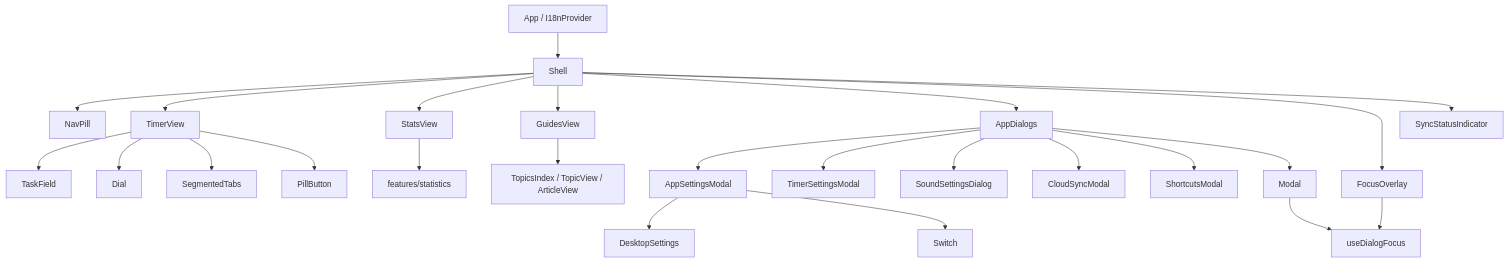
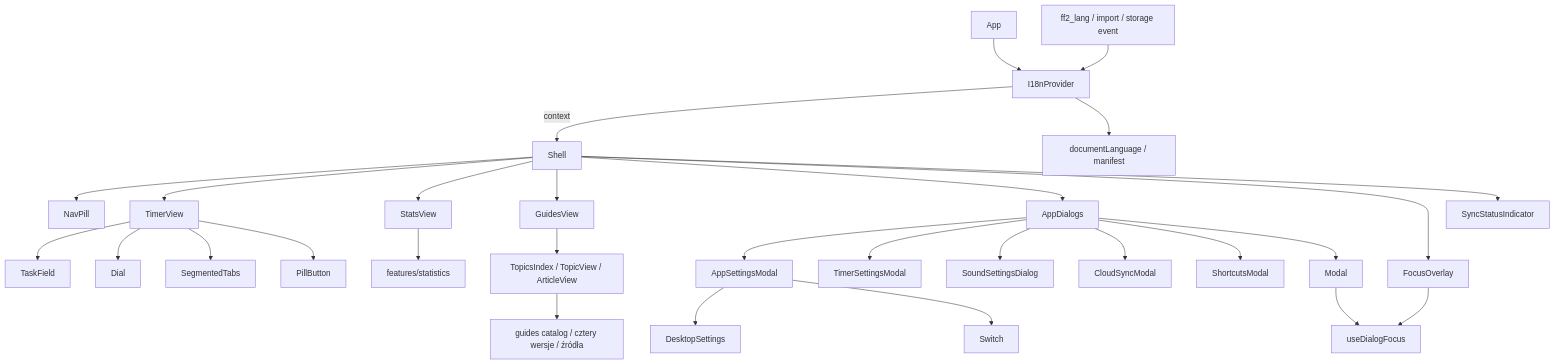
The first of 2 diagrams in docs/UI-ARCHITECTURE.md (w3ziqv/focus-flow), drawn with Mermaid before and after one commit. The commit also changed other lines of this file and 7 other files, not shown here.

````diff
--- a/docs/UI-ARCHITECTURE.md
+++ b/docs/UI-ARCHITECTURE.md
@@ -9,27 +9,31 @@
 ```mermaid
 flowchart TD
-  App[App / I18nProvider] --> Shell
+  App[App] --> I18n[I18nProvider]
+  I18n -->|context| Shell
+  I18n --> Metadata[documentLanguage / manifest]
+  LocaleStorage[ff2_lang / import / storage event] --> I18n
+  GuideScreens --> Catalog[guides catalog / cztery wersje / źródła]
   Shell --> NavPill
   Shell --> TimerView
   Shell --> StatsView
   Shell --> GuidesView
   Shell --> AppDialogs
   Shell --> FocusOverlay
   Shell --> SyncStatusIndicator
   TimerView --> TaskField
   TimerView --> Dial
   TimerView --> SegmentedTabs
   AppDialogs --> AppSettingsModal
   AppDialogs --> TimerSettingsModal
   AppDialogs --> SoundSettingsDialog
   AppDialogs --> CloudSyncModal
   AppDialogs --> ShortcutsModal
   AppSettingsModal --> DesktopSettings
   StatsView --> Statistics[features/statistics]
   GuidesView --> GuideScreens[TopicsIndex / TopicView / ArticleView]
   AppDialogs --> Modal
   FocusOverlay --> useDialogFocus
   Modal --> useDialogFocus
   TimerView --> PillButton
   AppSettingsModal --> Switch
 ```
````
